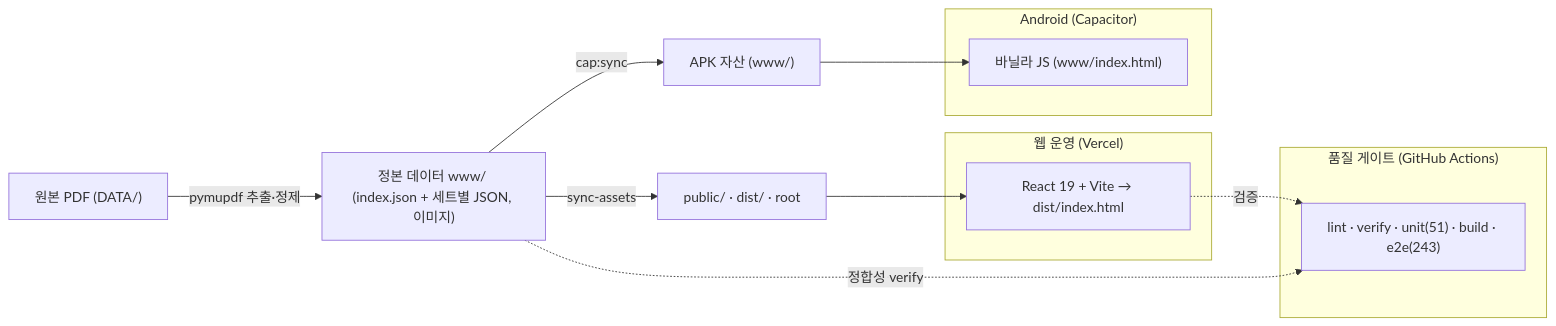
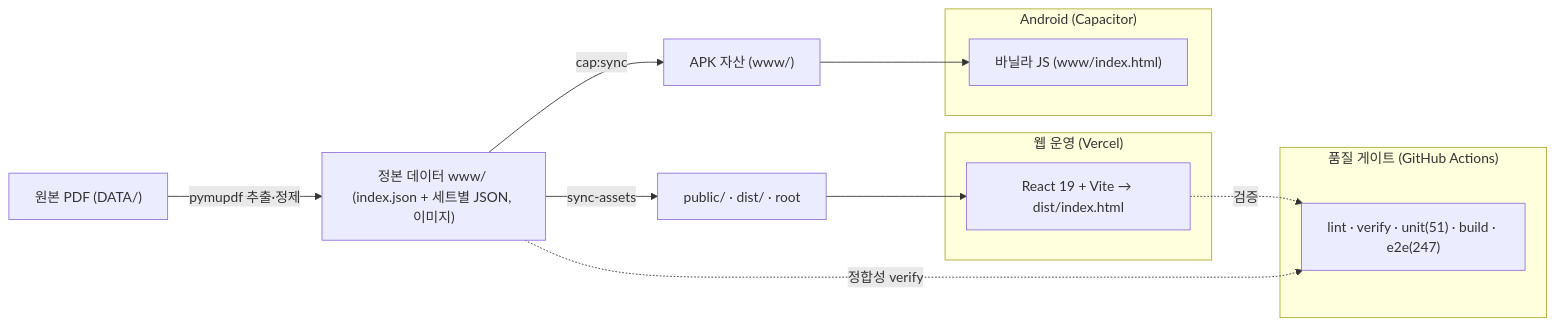
One commit to WindowHyun/ISTQB changed the diagram in README.md. Above: the diagram before and after it, drawn with Mermaid. The commit also changed other lines of this file and 8 other files, not shown here.

````diff
--- a/README.md
+++ b/README.md
@@ -163,21 +163,21 @@
 ```mermaid
 flowchart LR
   PDF["원본 PDF (DATA/)"] -->|pymupdf 추출·정제| SRC["정본 데이터 www/ (index.json + 세트별 JSON, 이미지)"]
   SRC -->|sync-assets| PUB["public/ · dist/ · root"]
   SRC -->|cap:sync| WWW["APK 자산 (www/)"]
 
   subgraph 웹_운영["웹 운영 (Vercel)"]
     REACT["React 19 + Vite → dist/index.html"]
   end
   subgraph APK["Android (Capacitor)"]
     VANILLA["바닐라 JS (www/index.html)"]
   end
   PUB --> REACT
   WWW --> VANILLA
 
   subgraph 품질["품질 게이트 (GitHub Actions)"]
-    CI["lint · verify · unit(51) · build · e2e(243)"]
+    CI["lint · verify · unit(51) · build · e2e(247)"]
   end
   REACT -.검증.-> CI
   SRC -.정합성 verify.-> CI
 ```
````
